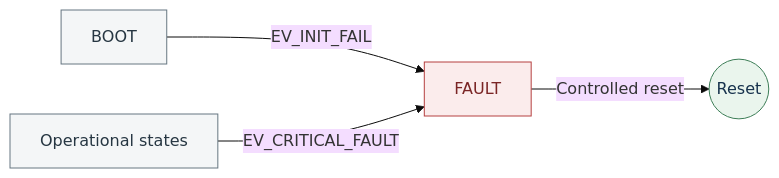
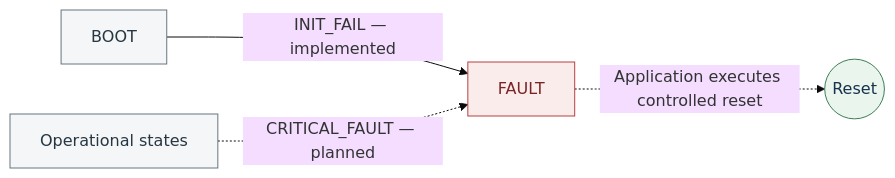
One commit to JP-REY/STM32F103C8T6-Based-Electronic-Lock changed diagram 11 of 16 in README.md. Above: the diagram before and after it, drawn with Mermaid (base theme). The commit also changed other lines of this file and 8 other files, not shown here.

````diff
--- a/README.md
+++ b/README.md
@@ -1090,14 +1135,14 @@
 ```mermaid
 flowchart LR
-    BOOT[BOOT] -->|EV_INIT_FAIL| FAULT[FAULT]
-    OPERATIONAL[Operational states] -->|EV_CRITICAL_FAULT| FAULT
-    FAULT -->|Controlled reset| RESET((Reset))
+    BOOT["BOOT"] -->|"INIT_FAIL — implemented"| FAULT["FAULT"]
+    OPERATIONAL["Operational states"] -.->|"CRITICAL_FAULT — planned"| FAULT
+    FAULT -.->|"Application executes controlled reset"| RESET((Reset))
 
     classDef source fill:#f4f6f7,stroke:#667681,color:#263642
     classDef fault fill:#fbecec,stroke:#b54040,color:#7a2525
     classDef reset fill:#eaf5ed,stroke:#3d7e57,color:#17324d
 
     class BOOT,OPERATIONAL source
     class FAULT fault
     class RESET reset
 ```
````
